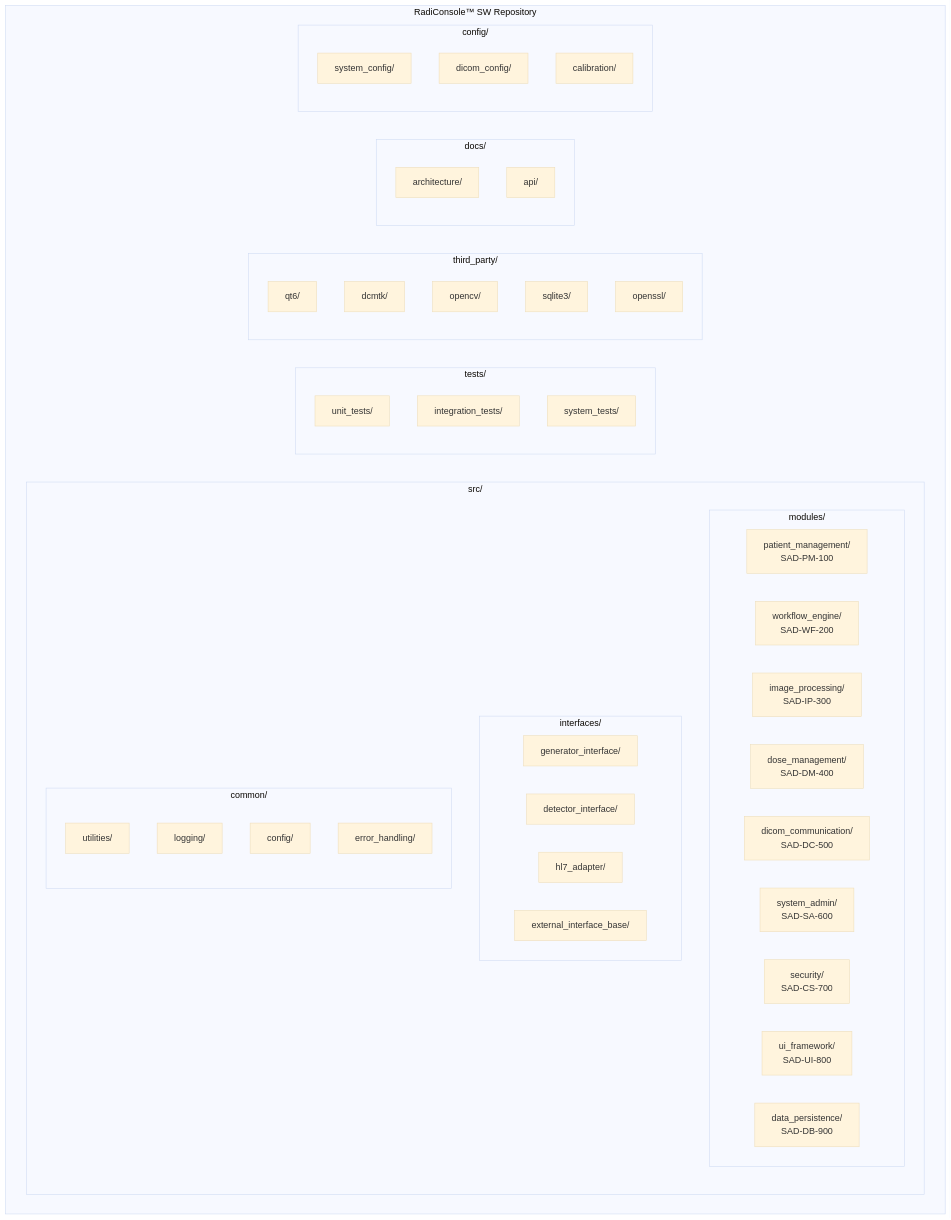
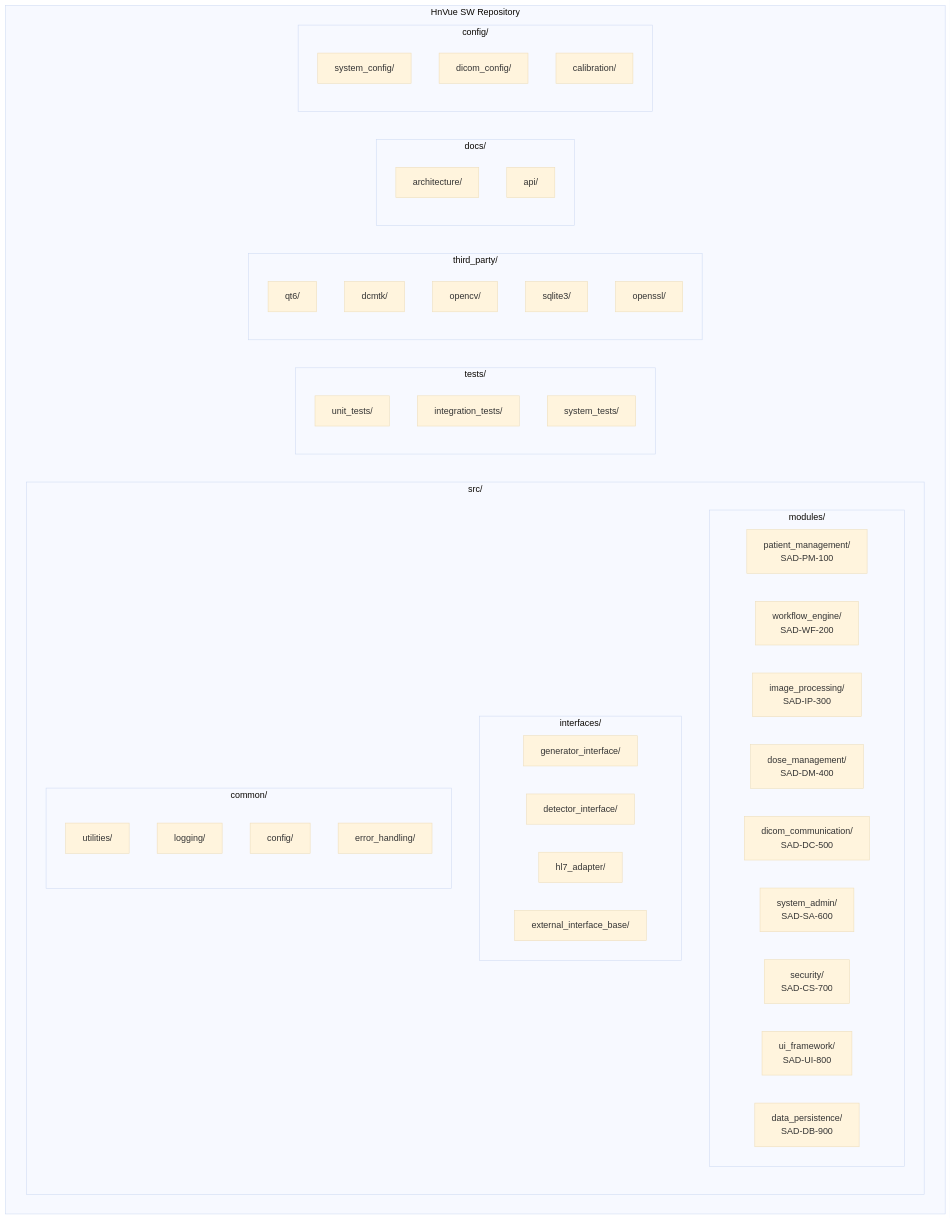
One commit to holee9/console-gui changed the fourth of 14 diagrams in docs/planning/DOC-006_SAD_v1.0.md. Above: the diagram before and after it, drawn with Mermaid (base theme). The commit also changed other lines of this file and 34 other files, not shown here.

First line of the commit message:
fix: RadiConsole → HnVue 전체 일괄 변경 (35개 파일, 300건+)

````diff
--- a/docs/planning/DOC-006_SAD_v1.0.md
+++ b/docs/planning/DOC-006_SAD_v1.0.md
@@ -269,51 +269,51 @@
 ```mermaid
 graph TD
-    subgraph "RadiConsole™ SW Repository"
+    subgraph "HnVue SW Repository"
         subgraph "src/"
             subgraph "modules/"
                 M1[patient_management/<br/>SAD-PM-100]
                 M2[workflow_engine/<br/>SAD-WF-200]
                 M3[image_processing/<br/>SAD-IP-300]
                 M4[dose_management/<br/>SAD-DM-400]
                 M5[dicom_communication/<br/>SAD-DC-500]
                 M6[system_admin/<br/>SAD-SA-600]
                 M7[security/<br/>SAD-CS-700]
                 M8[ui_framework/<br/>SAD-UI-800]
                 M9[data_persistence/<br/>SAD-DB-900]
             end
             subgraph "interfaces/"
                 IF1[generator_interface/]
                 IF2[detector_interface/]
                 IF3[hl7_adapter/]
                 IF4[external_interface_base/]
             end
             subgraph "common/"
                 CM1[utilities/]
                 CM2[logging/]
                 CM3[config/]
                 CM4[error_handling/]
             end
         end
         subgraph "tests/"
             T1[unit_tests/]
             T2[integration_tests/]
             T3[system_tests/]
         end
         subgraph "third_party/"
             TP1[qt6/]
             TP2[dcmtk/]
             TP3[opencv/]
             TP4[sqlite3/]
             TP5[openssl/]
         end
         subgraph "docs/"
             D1[architecture/]
             D2[api/]
         end
         subgraph "config/"
             CF1[system_config/]
             CF2[dicom_config/]
             CF3[calibration/]
         end
     end
 ```
````
